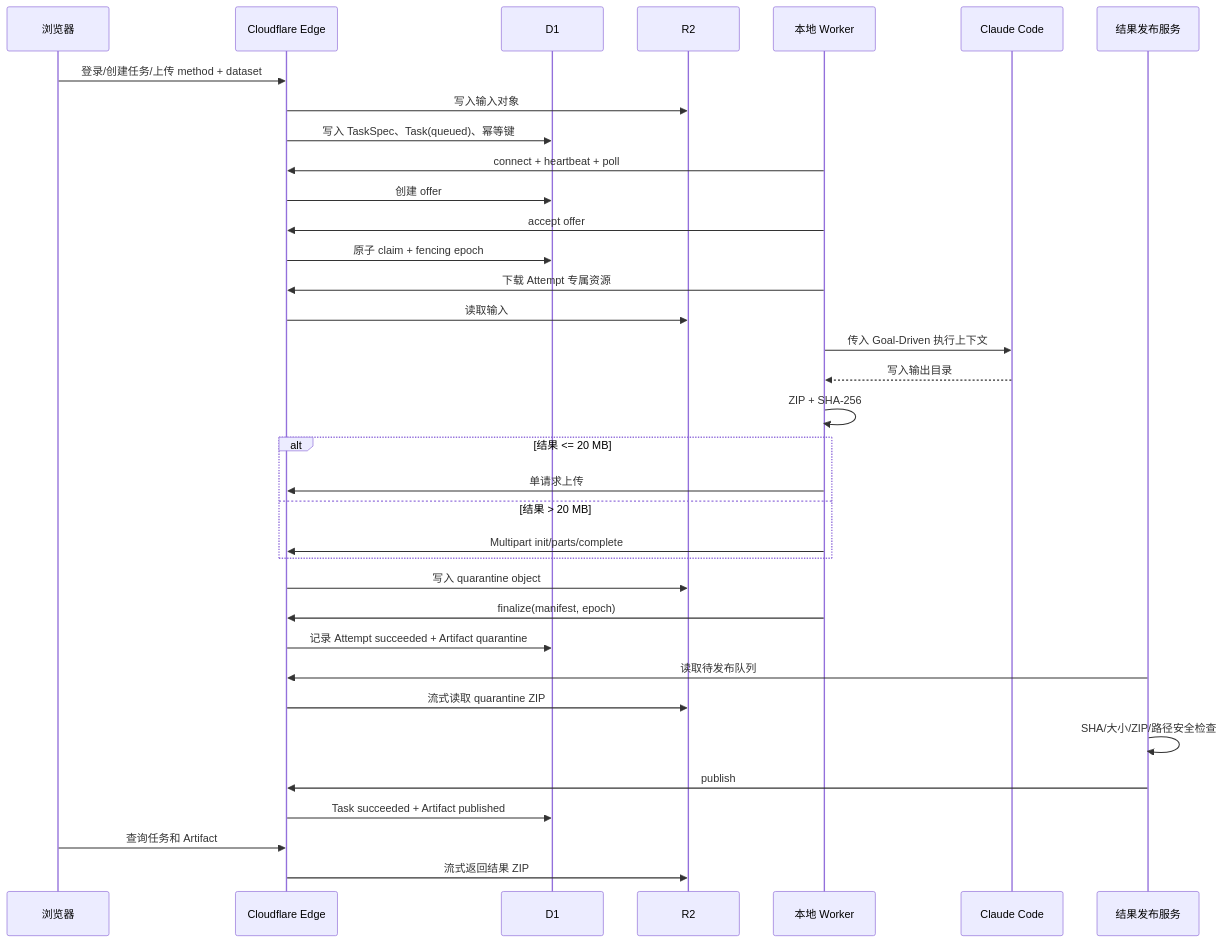
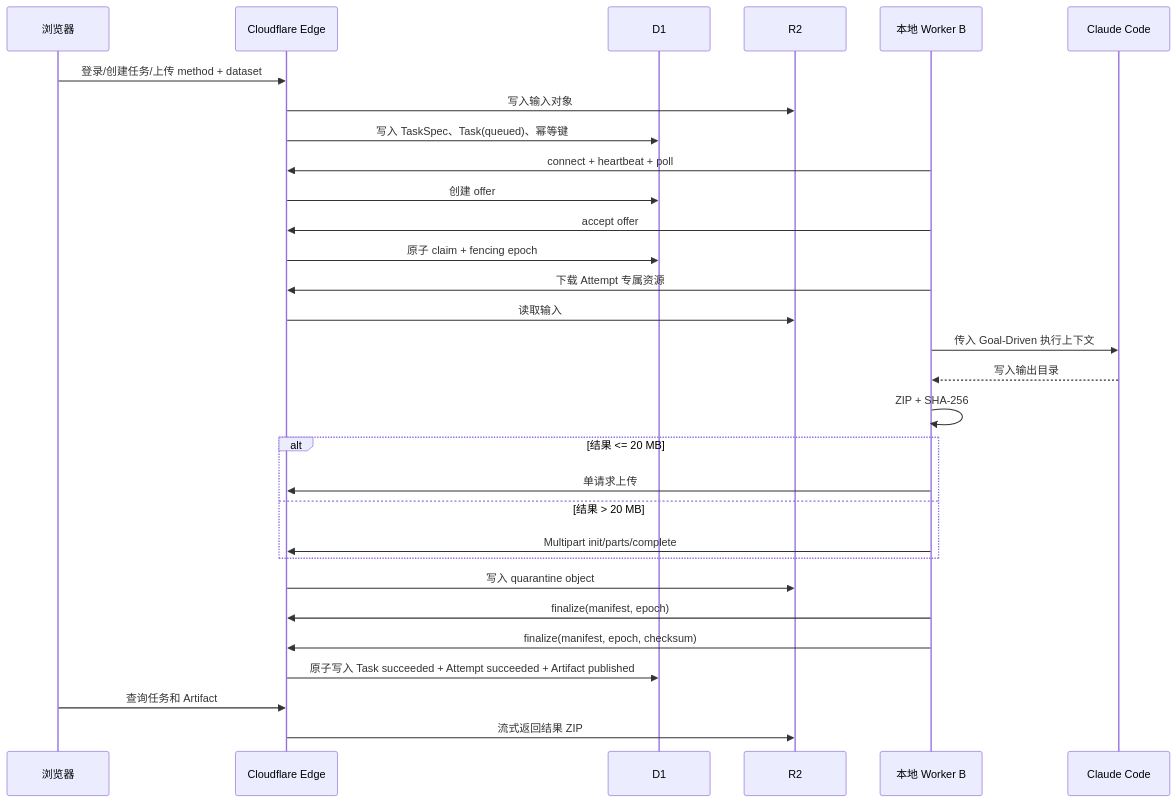
The second of 2 diagrams in docs/CLOUDFLARE_WORKER_ARCHITECTURE.md (Vist233/infinity_Agents), drawn with Mermaid before and after one commit. The commit also changed other lines of this file and 44 other files, not shown here.

Commit message:
feat: harden cloudflare worker execution flow

```diff
--- a/docs/CLOUDFLARE_WORKER_ARCHITECTURE.md
+++ b/docs/CLOUDFLARE_WORKER_ARCHITECTURE.md
@@ -138,38 +124,33 @@
 ~~~mermaid
 sequenceDiagram
   participant Browser as 浏览器
   participant Edge as Cloudflare Edge
   participant D1 as D1
   participant R2 as R2
-  participant Worker as 本地 Worker
+  participant Worker as 本地 Worker B
   participant Claude as Claude Code
-  participant Publisher as 结果发布服务
 
   Browser->>Edge: 登录/创建任务/上传 method + dataset
   Edge->>R2: 写入输入对象
   Edge->>D1: 写入 TaskSpec、Task(queued)、幂等键
   Worker->>Edge: connect + heartbeat + poll
   Edge->>D1: 创建 offer
   Worker->>Edge: accept offer
   Edge->>D1: 原子 claim + fencing epoch
   Worker->>Edge: 下载 Attempt 专属资源
   Edge->>R2: 读取输入
   Worker->>Claude: 传入 Goal-Driven 执行上下文
   Claude-->>Worker: 写入输出目录
   Worker->>Worker: ZIP + SHA-256
   alt 结果 <= 20 MB
     Worker->>Edge: 单请求上传
   else 结果 > 20 MB
     Worker->>Edge: Multipart init/parts/complete
   end
   Edge->>R2: 写入 quarantine object
   Worker->>Edge: finalize(manifest, epoch)
-  Edge->>D1: 记录 Attempt succeeded + Artifact quarantine
-  Publisher->>Edge: 读取待发布队列
-  Edge->>R2: 流式读取 quarantine ZIP
-  Publisher->>Publisher: SHA/大小/ZIP/路径安全检查
-  Publisher->>Edge: publish
-  Edge->>D1: Task succeeded + Artifact published
+  Worker->>Edge: finalize(manifest, epoch, checksum)
+  Edge->>D1: 原子写入 Task succeeded + Attempt succeeded + Artifact published
   Browser->>Edge: 查询任务和 Artifact
   Edge->>R2: 流式返回结果 ZIP
 ~~~
```
